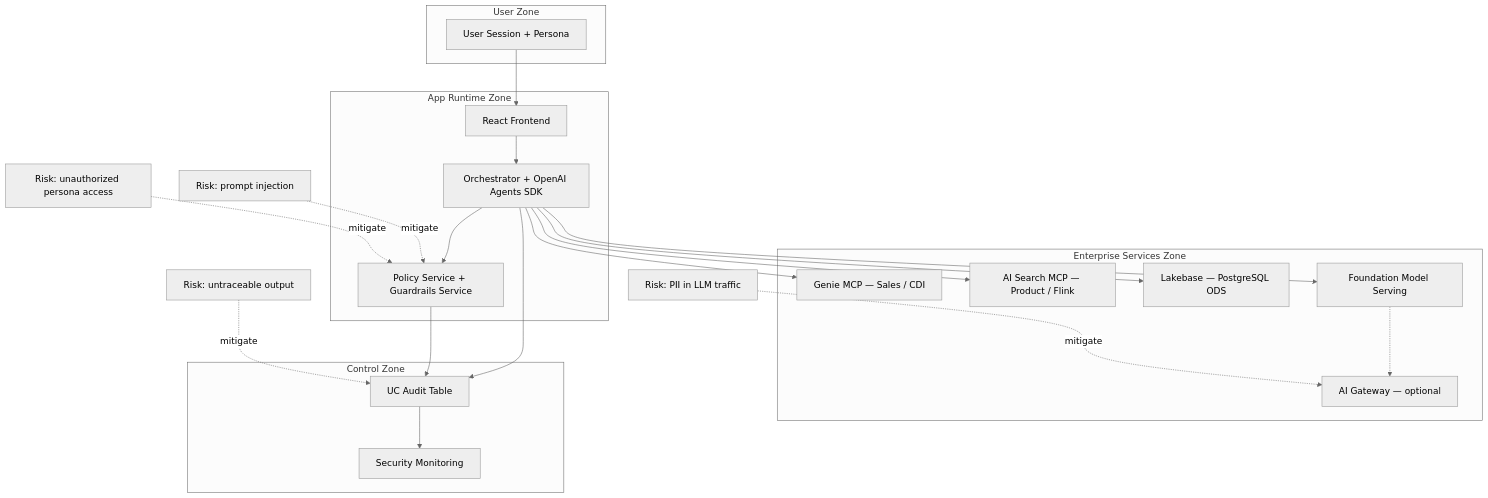
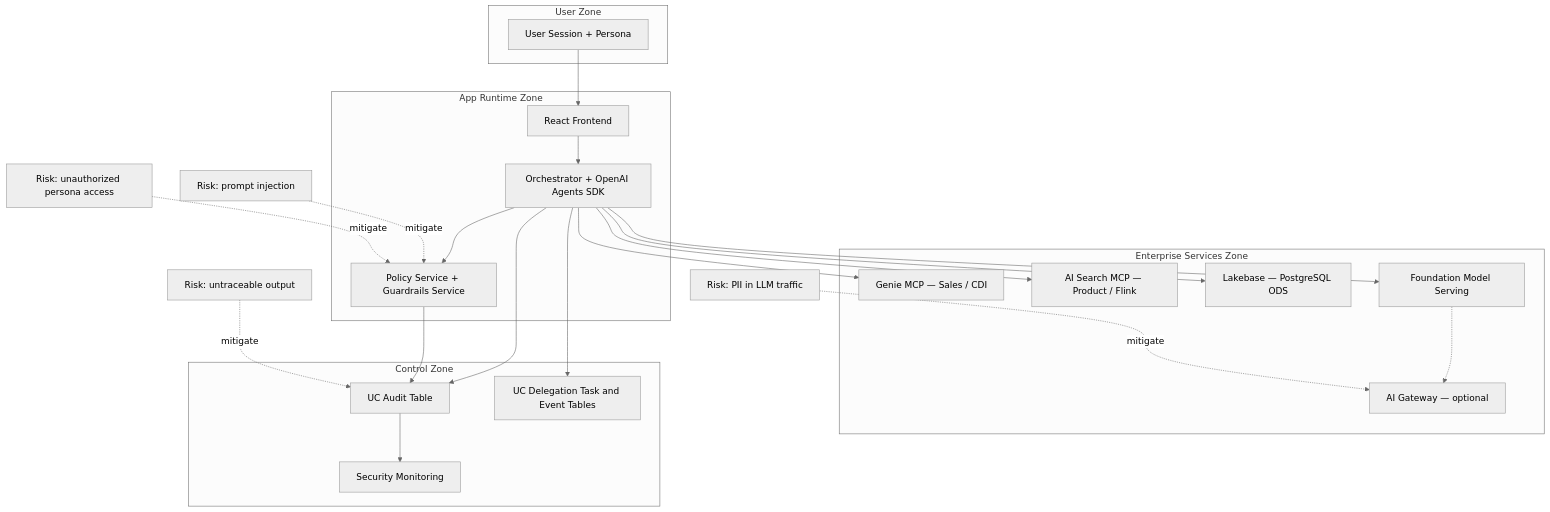
Before and after one commit to wchen-dea/Governed-Multi-Agent-Intelligence-on-Databricks: the third of 3 diagrams in docs/architecture/design-artifacts/02-concept-detailed.md, drawn with Mermaid (neutral theme). The commit also changed other lines of this file and 29 other files, not shown here.

````diff
--- a/docs/architecture/design-artifacts/02-concept-detailed.md
+++ b/docs/architecture/design-artifacts/02-concept-detailed.md
@@ -55,40 +56,42 @@
 ```mermaid
 flowchart TB
     subgraph Zone1[User Zone]
         U[User Session + Persona]
     end
 
     subgraph Zone2[App Runtime Zone]
         UI[React Frontend]
         ORCH[Orchestrator + OpenAI Agents SDK]
         POL[Policy Service + Guardrails Service]
     end
 
     subgraph Zone3[Enterprise Services Zone]
         GENIE[Genie MCP — Sales / CDI]
         AIS[AI Search MCP — Product / Flink]
         LB[Lakebase — PostgreSQL ODS]
         FM[Foundation Model Serving]
         AIGW[AI Gateway — optional]
     end
 
     subgraph Zone4[Control Zone]
         AUDIT[UC Audit Table]
+        TASKS[UC Delegation Task and Event Tables]
         SEC[Security Monitoring]
     end
 
     U --> UI --> ORCH --> GENIE
     ORCH --> AIS
     ORCH --> LB
     ORCH --> FM
     FM -.-> AIGW
     ORCH --> POL
     ORCH --> AUDIT
+    ORCH --> TASKS
     POL --> AUDIT
     AUDIT --> SEC
 
     R1[Risk: prompt injection] -.mitigate.-> POL
     R2[Risk: unauthorized persona access] -.mitigate.-> POL
     R3[Risk: untraceable output] -.mitigate.-> AUDIT
     R4[Risk: PII in LLM traffic] -.mitigate.-> AIGW
 ```
````
